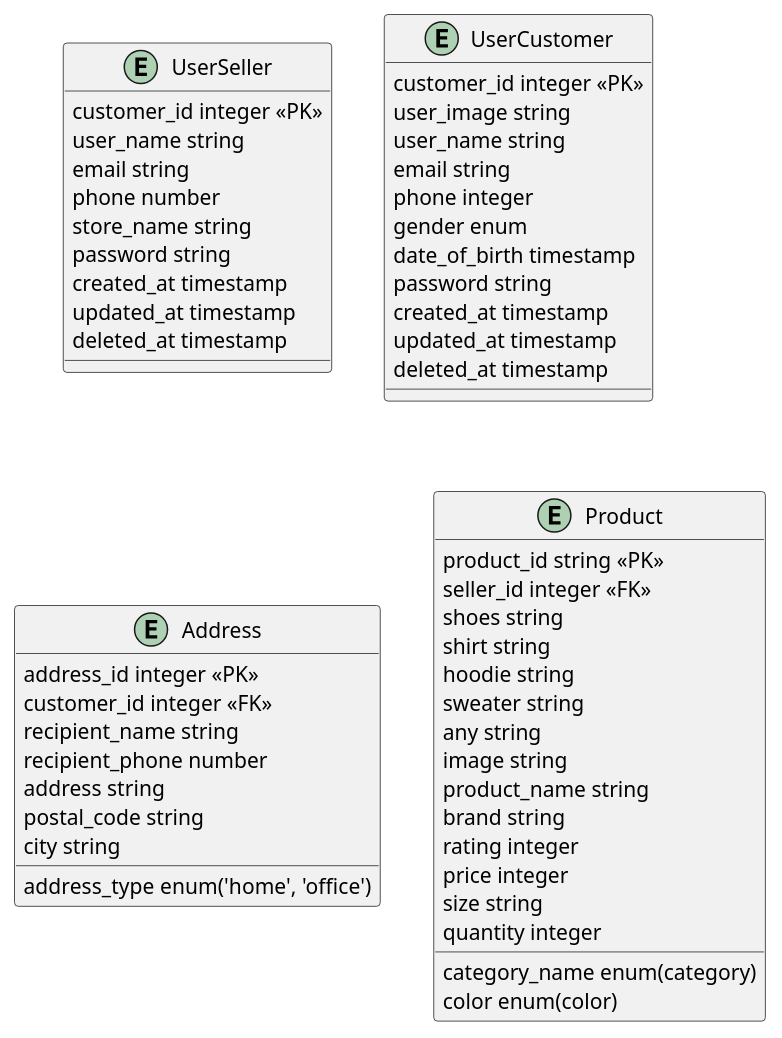
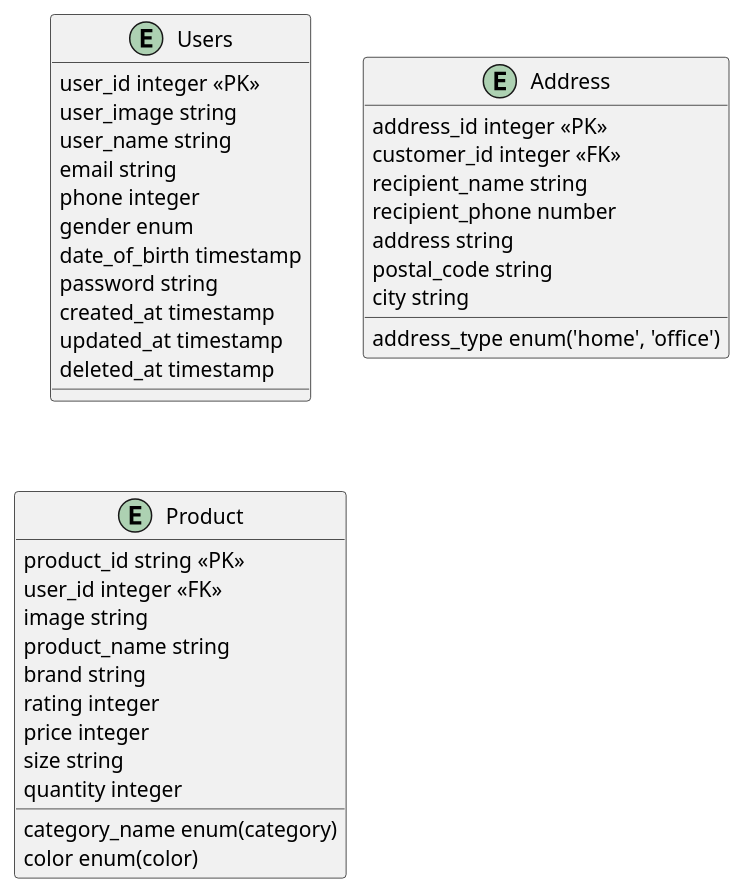
The diagram in tabledata/userauth.puml (maulanazn/blanja-api), drawn with PlantUML before and after one commit. The commit also changed 15 other files, not shown here.

```diff
--- a/tabledata/userauth.puml
+++ b/tabledata/userauth.puml
@@ -1,59 +1,42 @@
 @startuml WhiteSmoke
 
-entity UserSeller {
-    customer_id integer <<PK>>
-    user_name string
-    email string
-    phone number
-    store_name string
-    password string
-    created_at timestamp
-    updated_at timestamp
-    deleted_at timestamp
-}
-
-entity UserCustomer {
-    customer_id integer <<PK>>
+entity Users {
+    user_id integer <<PK>>
     user_image string
     user_name string
     email string
     phone integer
     gender enum
     date_of_birth timestamp
     password string
     created_at timestamp
     updated_at timestamp
     deleted_at timestamp
 }
 
 entity Address {
     address_id integer <<PK>>
     customer_id integer <<FK>>
     address_type enum('home', 'office')
     recipient_name string
     recipient_phone number
     address string
     postal_code string
     city string
 }
 
 entity Product {
     product_id string <<PK>>
-    seller_id integer <<FK>>
+    user_id integer <<FK>>
     category_name enum(category)
-    shoes string
-    shirt string
-    hoodie string
-    sweater string
-    any string
     image string
     product_name string
     brand string
     rating integer
     price integer
     color enum(color)
     size string
     quantity integer
 }
 
 @enduml
```
